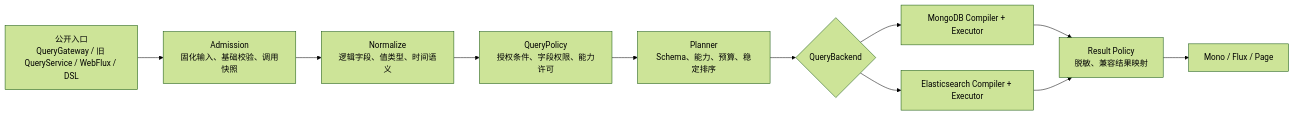
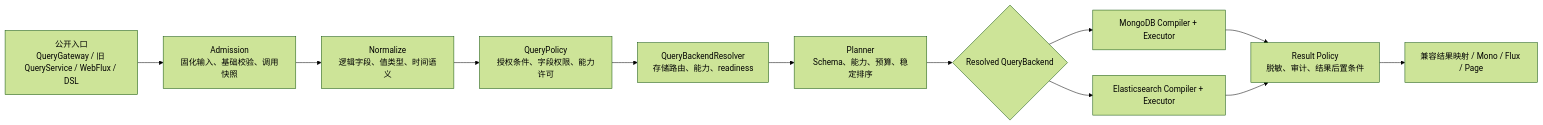
One commit to Ahoo-Wang/Wow changed the first of 2 diagrams in docs/superpowers/specs/2026-08-11-query-service-architecture-upgrade-design.md. Above: the diagram before and after it, drawn with Mermaid (forest theme). The commit also changed other lines of this file, not shown here.

Commit message:
docs: close query architecture review gaps

````diff
--- a/docs/superpowers/specs/2026-08-11-query-service-architecture-upgrade-design.md
+++ b/docs/superpowers/specs/2026-08-11-query-service-architecture-upgrade-design.md
@@ -65,13 +65,14 @@
 ```mermaid
 flowchart LR
     A["公开入口\nQueryGateway / 旧 QueryService / WebFlux / DSL"] --> B["Admission\n固化输入、基础校验、调用快照"]
     B --> C["Normalize\n逻辑字段、值类型、时间语义"]
     C --> D["QueryPolicy\n授权条件、字段权限、能力许可"]
-    D --> E["Planner\nSchema、能力、预算、稳定排序"]
-    E --> F{"QueryBackend"}
-    F --> G["MongoDB Compiler + Executor"]
-    F --> H["Elasticsearch Compiler + Executor"]
-    G --> I["Result Policy\n脱敏、兼容结果映射"]
-    H --> I
-    I --> J["Mono / Flux / Page"]
+    D --> E["QueryBackendResolver\n存储路由、能力、readiness"]
+    E --> F["Planner\nSchema、能力、预算、稳定排序"]
+    F --> G{"Resolved QueryBackend"}
+    G --> H["MongoDB Compiler + Executor"]
+    G --> I["Elasticsearch Compiler + Executor"]
+    H --> J["Result Policy\n脱敏、审计、结果后置条件"]
+    I --> J
+    J --> K["兼容结果映射 / Mono / Flux / Page"]
 ```
````
